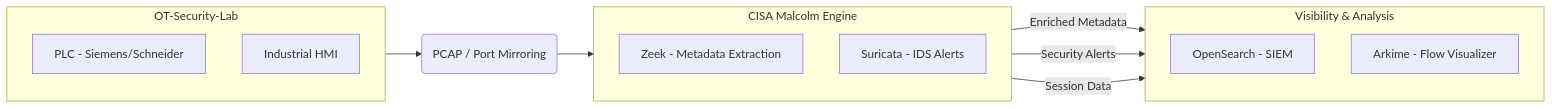
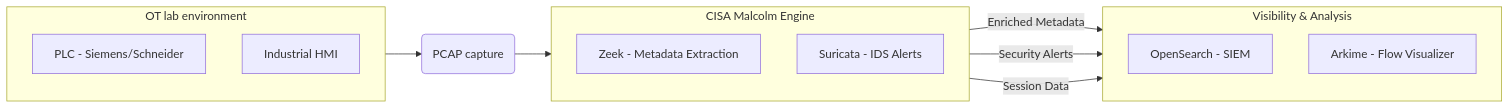
The diagram in README.md (LiamCarPer/OT-NDR-Malcolm-Pipeline), drawn with Mermaid before and after one commit. The commit also changed other lines of this file and 14 other files, not shown here.

````diff
--- a/README.md
+++ b/README.md
@@ -10,28 +17,28 @@
 ```mermaid
 graph LR
-    subgraph Lab [OT-Security-Lab]
+    subgraph Lab [OT lab environment]
         direction TB
         PLC[PLC - Siemens/Schneider]
         HMI[Industrial HMI]
     end
 
-    Traffic(PCAP / Port Mirroring)
+    Traffic(PCAP capture)
 
     subgraph Malcolm [CISA Malcolm Engine]
         direction TB
         Zeek[Zeek - Metadata Extraction]
         Suricata[Suricata - IDS Alerts]
     end
 
     subgraph Analytics [Visibility & Analysis]
         direction TB
         OS[OpenSearch - SIEM]
         Ark[Arkime - Flow Visualizer]
     end
 
     Lab --> Traffic
     Traffic --> Malcolm
     Zeek -->|Enriched Metadata| OS
     Suricata -->|Security Alerts| Ark
     Zeek -->|Session Data| Ark
 ```
````
